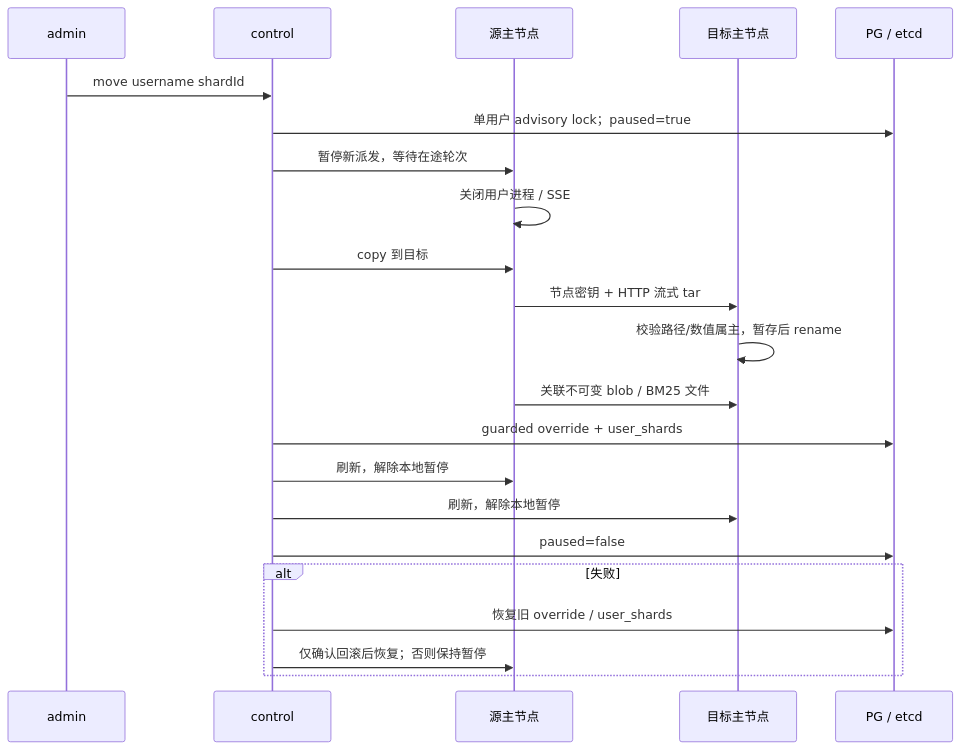
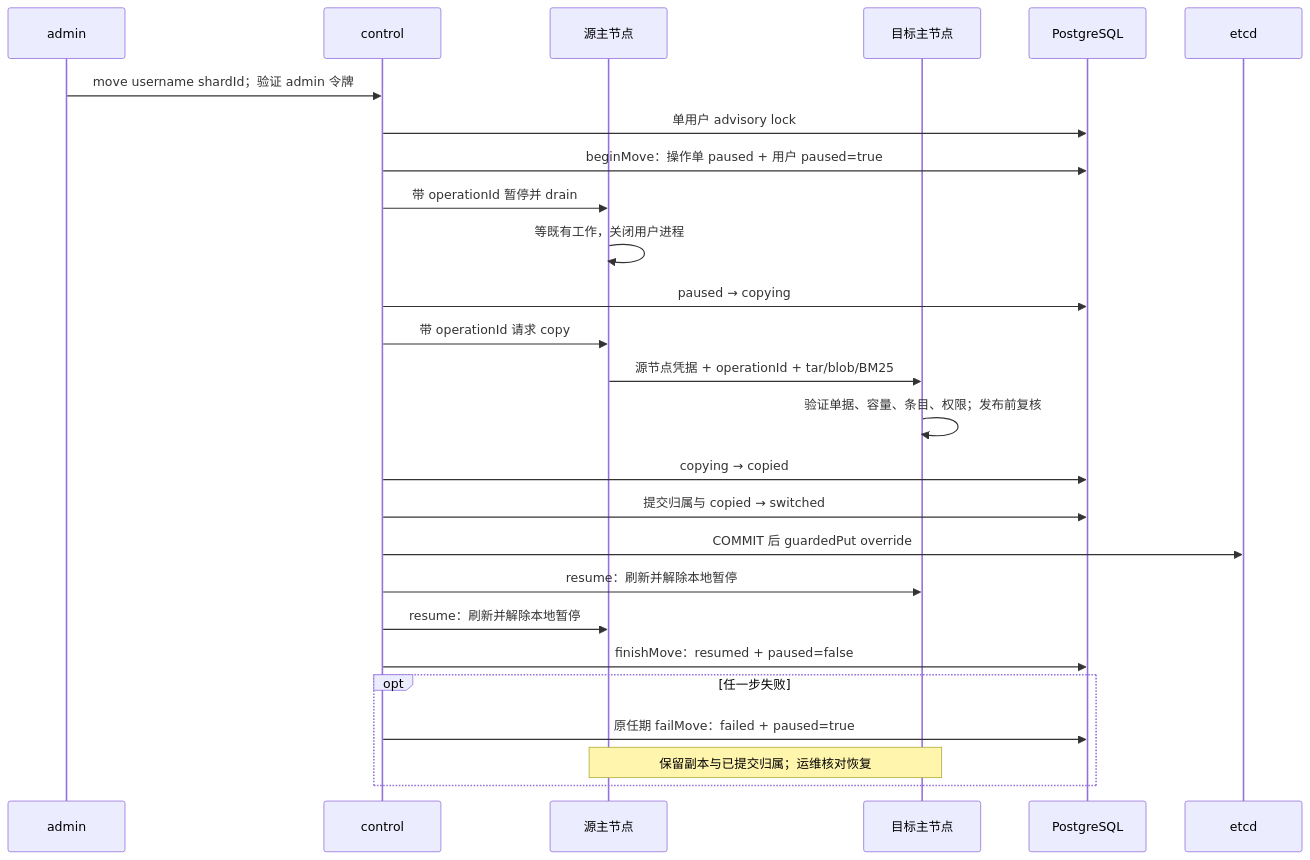
The second of 2 diagrams in stages/s17-sharding/docs/design.md (pengcong2020520/learn-codex-harness), drawn with Mermaid before and after one commit. The commit also changed other lines of this file and 10 other files, not shown here.

Commit message:
docs(web,stages): s17 长文、课时、演示与 README 按最终代码重写摘录与讲解（节点密钥、迁移操作单、先 PG 后 etcd 等）

````diff
--- a/stages/s17-sharding/docs/design.md
+++ b/stages/s17-sharding/docs/design.md
@@ -77,24 +86,28 @@
 ```mermaid
 sequenceDiagram
   participant A as admin
   participant C as control
   participant S as 源主节点
   participant T as 目标主节点
-  participant P as PG / etcd
-  A->>C: move username shardId
-  C->>P: 单用户 advisory lock；paused=true
-  C->>S: 暂停新派发，等待在途轮次
-  S->>S: 关闭用户进程 / SSE
-  C->>S: copy 到目标
-  S->>T: 节点密钥 + HTTP 流式 tar
-  T->>T: 校验路径/数值属主，暂存后 rename
-  S->>T: 关联不可变 blob / BM25 文件
-  C->>P: guarded override + user_shards
-  C->>S: 刷新，解除本地暂停
-  C->>T: 刷新，解除本地暂停
-  C->>P: paused=false
-  alt 失败
-    C->>P: 恢复旧 override / user_shards
-    C->>S: 仅确认回滚后恢复；否则保持暂停
+  participant P as PostgreSQL
+  participant E as etcd
+  A->>C: move username shardId；验证 admin 令牌
+  C->>P: 单用户 advisory lock
+  C->>P: beginMove：操作单 paused + 用户 paused=true
+  C->>S: 带 operationId 暂停并 drain
+  S->>S: 等既有工作，关闭用户进程
+  C->>P: paused → copying
+  C->>S: 带 operationId 请求 copy
+  S->>T: 源节点凭据 + operationId + tar/blob/BM25
+  T->>T: 验证单据、容量、条目、权限；发布前复核
+  C->>P: copying → copied
+  C->>P: 提交归属与 copied → switched
+  C->>E: COMMIT 后 guardedPut override
+  C->>T: resume：刷新并解除本地暂停
+  C->>S: resume：刷新并解除本地暂停
+  C->>P: finishMove：resumed + paused=false
+  opt 任一步失败
+    C->>P: 原任期 failMove：failed + paused=true
+    Note over S,T: 保留副本与已提交归属；运维核对恢复
   end
 ```
````
